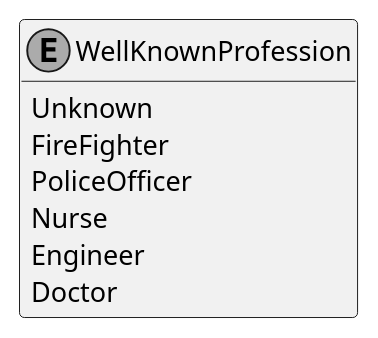
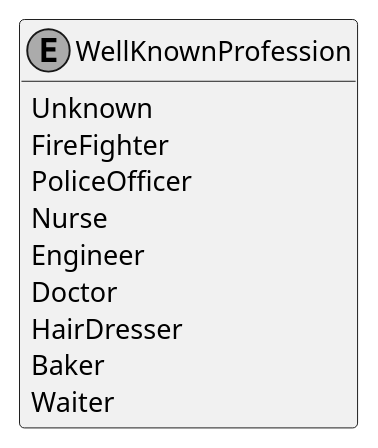
The diagram in Documentation/Generated/Enumerations/DoofesZeug.Models.Human.Professions/WellKnownProfession.puml (ObiWanLansi/DoofesZeug), drawn with PlantUML before and after one commit. The commit also changed 73 other files, not shown here.

```diff
--- a/Documentation/Generated/Enumerations/DoofesZeug.Models.Human.Professions/WellKnownProfession.puml
+++ b/Documentation/Generated/Enumerations/DoofesZeug.Models.Human.Professions/WellKnownProfession.puml
@@ -1,14 +1,17 @@
 @startuml
 skinparam monochrome true
 hide empty members
 
 enum WellKnownProfession {
     Unknown
     FireFighter
     PoliceOfficer
     Nurse
     Engineer
     Doctor
+    HairDresser
+    Baker
+    Waiter
 }
 
 @enduml
```
